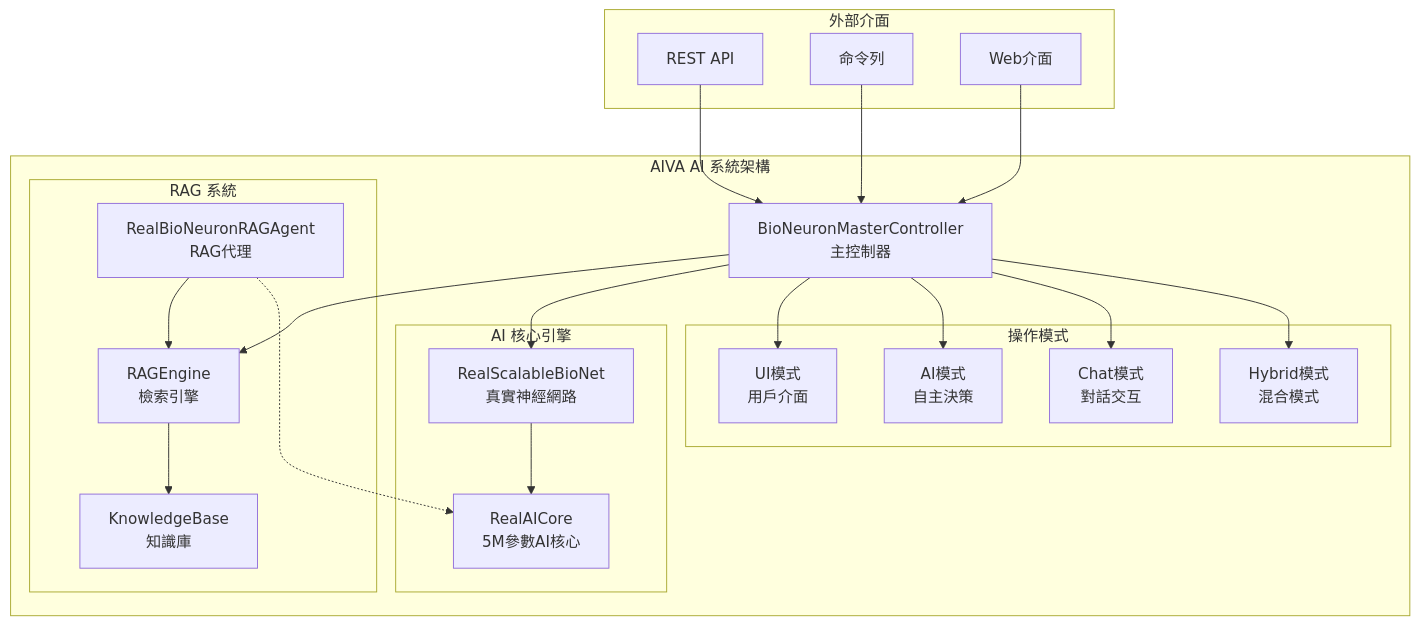
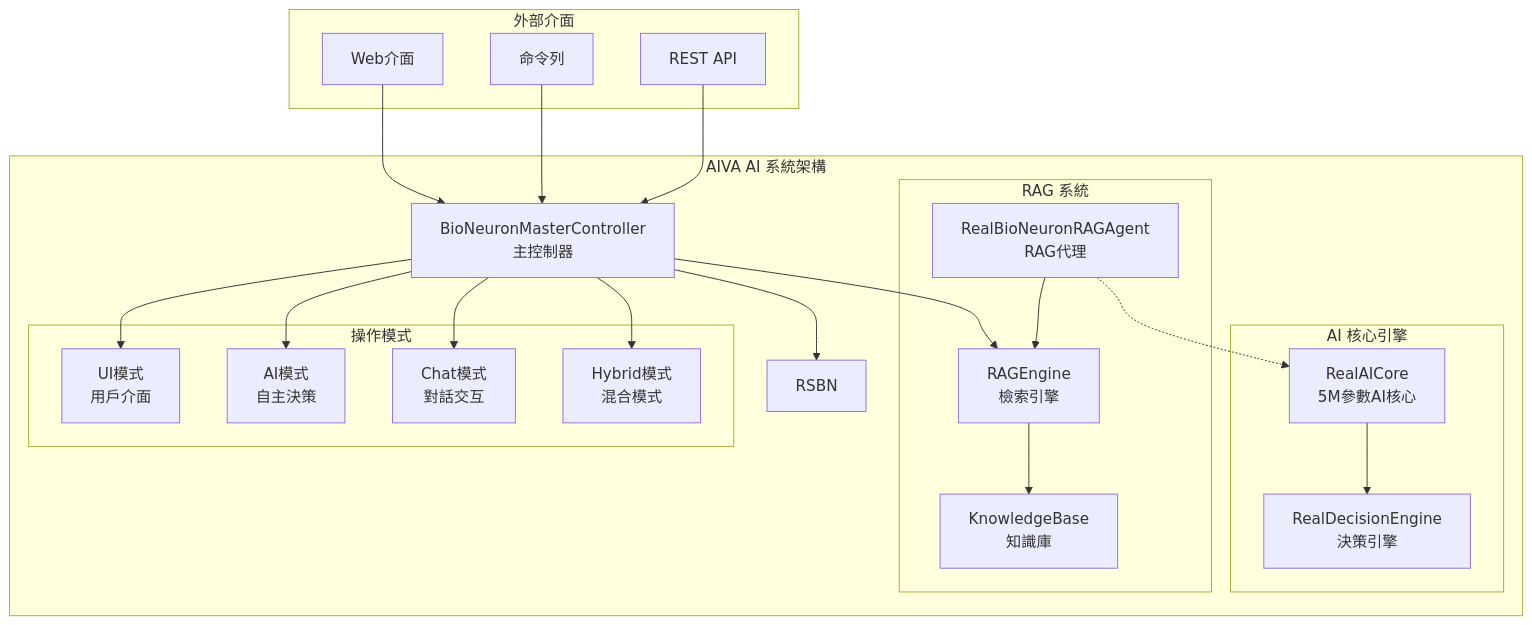
The diagram in AIVA_USER_MANUAL.md (kyle0527/AIVA), drawn with Mermaid before and after one commit. The commit also changed other lines of this file and 162 other files, not shown here.

````diff
--- a/AIVA_USER_MANUAL.md
+++ b/AIVA_USER_MANUAL.md
@@ -96,46 +115,46 @@
 ```mermaid
 graph TB
     subgraph "AIVA AI 系統架構"
         BNM[BioNeuronMasterController<br/>主控制器]
         
         subgraph "AI 核心引擎"
-            RSBN[RealScalableBioNet<br/>真實神經網路]
             RAC[RealAICore<br/>5M參數AI核心]
-            RSBN --> RAC
+            RDE[RealDecisionEngine<br/>決策引擎]
+            RAC --> RDE
         end
         
         subgraph "RAG 系統"
             RE[RAGEngine<br/>檢索引擎]
             KB[KnowledgeBase<br/>知識庫]
             RBA[RealBioNeuronRAGAgent<br/>RAG代理]
             RE --> KB
             RBA --> RE
         end
         
         subgraph "操作模式"
             UI[UI模式<br/>用戶介面]
             AI[AI模式<br/>自主決策]
             CHAT[Chat模式<br/>對話交互]
             HYBRID[Hybrid模式<br/>混合模式]
         end
         
         BNM --> RSBN
         BNM --> RE
         BNM --> UI
         BNM --> AI
         BNM --> CHAT
         BNM --> HYBRID
         
         RBA -.-> RAC
     end
     
     subgraph "外部介面"
         API[REST API]
         CLI[命令列]
         WEB[Web介面]
     end
     
     API --> BNM
     CLI --> BNM
     WEB --> BNM
 ```
````
